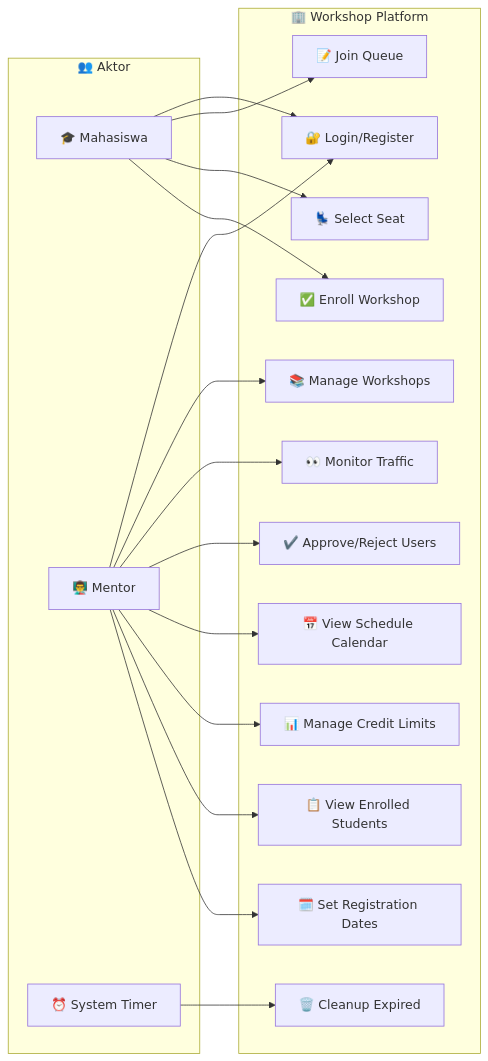
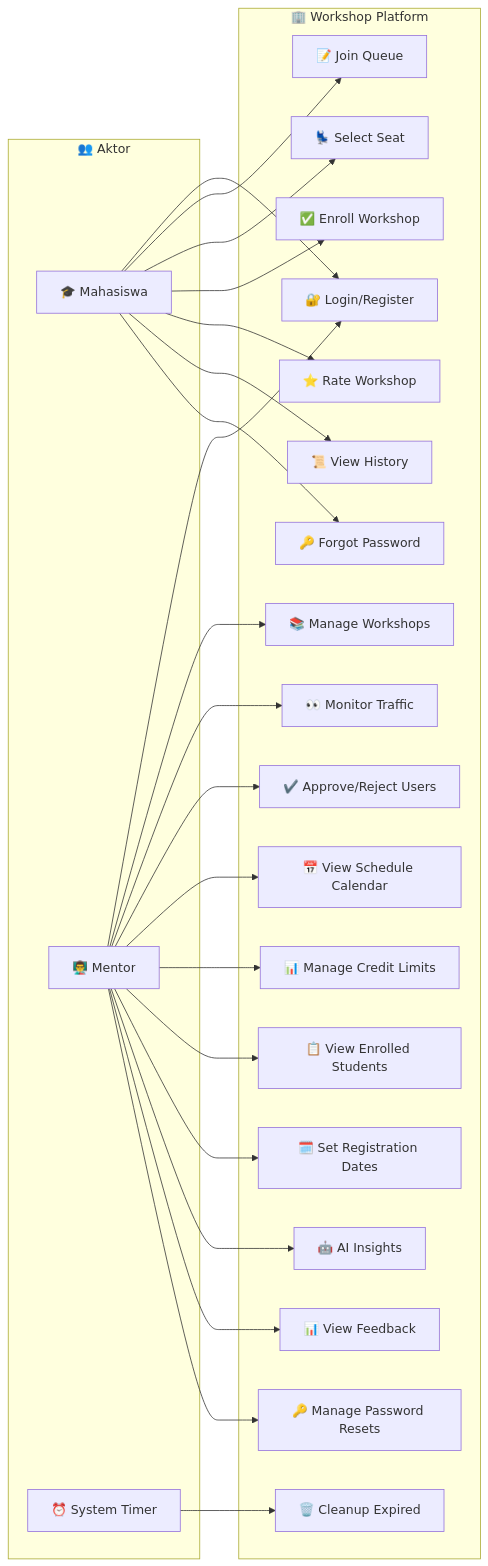
Before and after one commit to bayukrsn/uksw-workshop-platform: the first of 12 diagrams in README.md, drawn with Mermaid. The commit also changed other lines of this file, not shown here.

````diff
--- a/README.md
+++ b/README.md
@@ -71,39 +79,51 @@
 ```mermaid
 flowchart LR
     subgraph Actors["👥 Aktor"]
         S["🎓 Mahasiswa"]
         M["👨‍🏫 Mentor"]
         T["⏰ System Timer"]
     end
     
     subgraph System["🏢 Workshop Platform"]
         UC1["🔐 Login/Register"]
         UC2["📝 Join Queue"]
         UC3["💺 Select Seat"]
         UC4["✅ Enroll Workshop"]
         UC5["📚 Manage Workshops"]
         UC6["👀 Monitor Traffic"]
         UC7["✔️ Approve/Reject Users"]
         UC8["🗑️ Cleanup Expired"]
         UC9["📅 View Schedule Calendar"]
         UC10["📊 Manage Credit Limits"]
         UC11["📋 View Enrolled Students"]
         UC12["🗓️ Set Registration Dates"]
+        UC13["⭐ Rate Workshop"]
+        UC14["📜 View History"]
+        UC15["🔑 Forgot Password"]
+        UC16["🤖 AI Insights"]
+        UC17["📊 View Feedback"]
+        UC18["🔑 Manage Password Resets"]
     end
     
     S --> UC1
     S --> UC2
     S --> UC3
     S --> UC4
+    S --> UC13
+    S --> UC14
+    S --> UC15
     
     M --> UC1
     M --> UC5
     M --> UC6
     M --> UC7
     M --> UC9
     M --> UC10
     M --> UC11
     M --> UC12
+    M --> UC16
+    M --> UC17
+    M --> UC18
     
     T --> UC8
 ```
````
